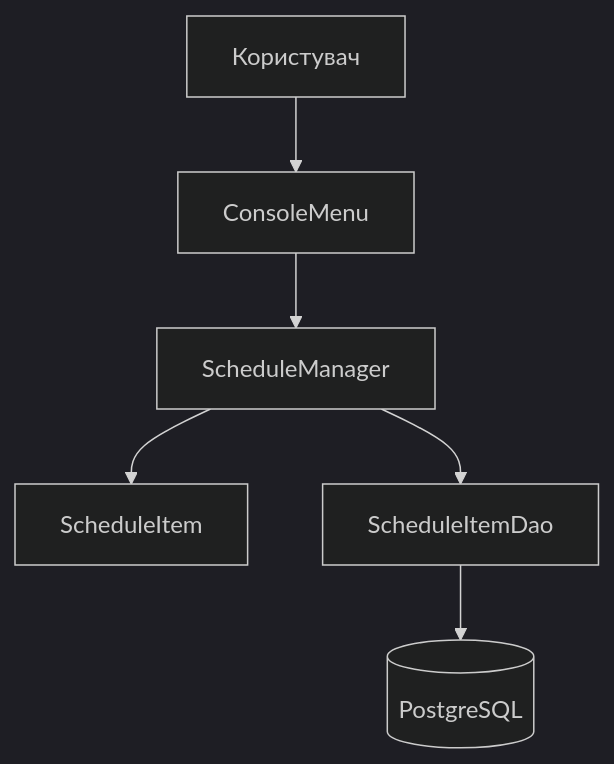
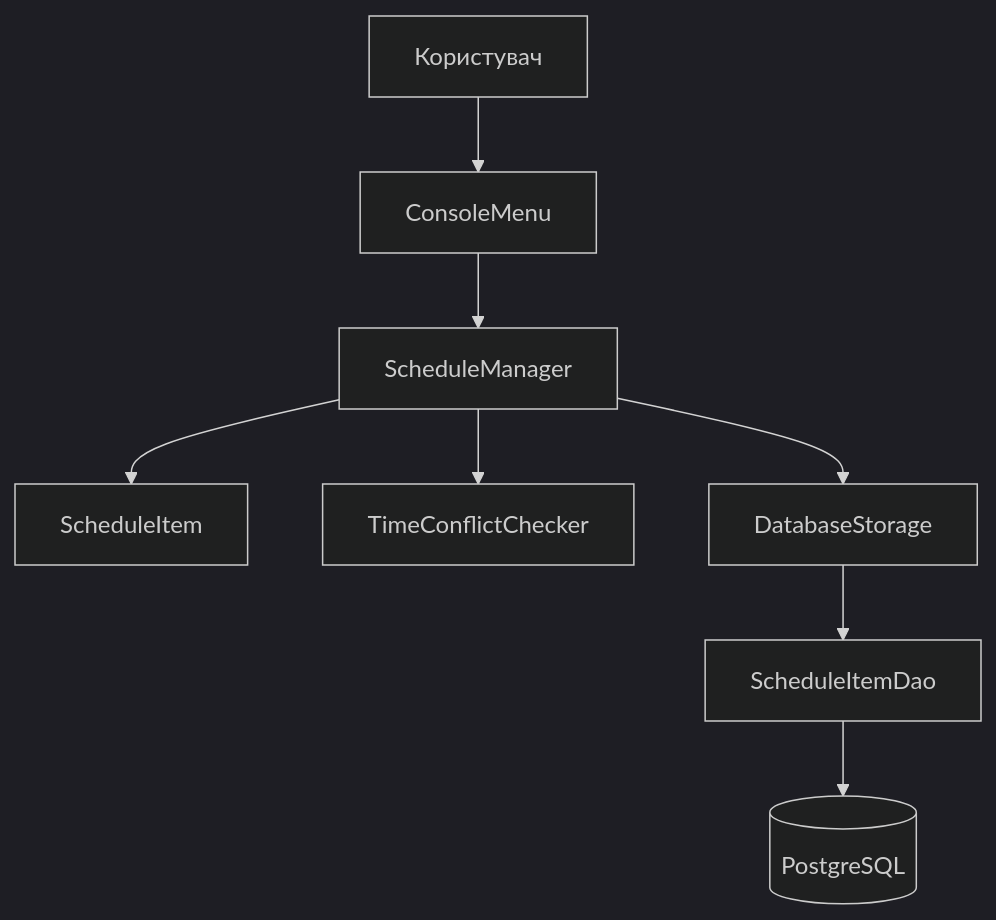
Before and after one commit to artemantonenko-dut/pet-project-java: the first of 3 diagrams in SDD.md, drawn with Mermaid (dark theme). The commit also changed other lines of this file and 1 other file, not shown here.

````diff
--- a/SDD.md
+++ b/SDD.md
@@ -48,8 +48,10 @@
 ```mermaid
 flowchart TD
     User["Користувач"] --> Menu["ConsoleMenu"]
     Menu --> Manager["ScheduleManager"]
     Manager --> Item["ScheduleItem"]
-    Manager --> Dao["ScheduleItemDao"]
+    Manager --> Checker["TimeConflictChecker"]
+    Manager --> Storage["DatabaseStorage"]
+    Storage --> Dao["ScheduleItemDao"]
     Dao --> DB[("PostgreSQL")]
 ```
````
